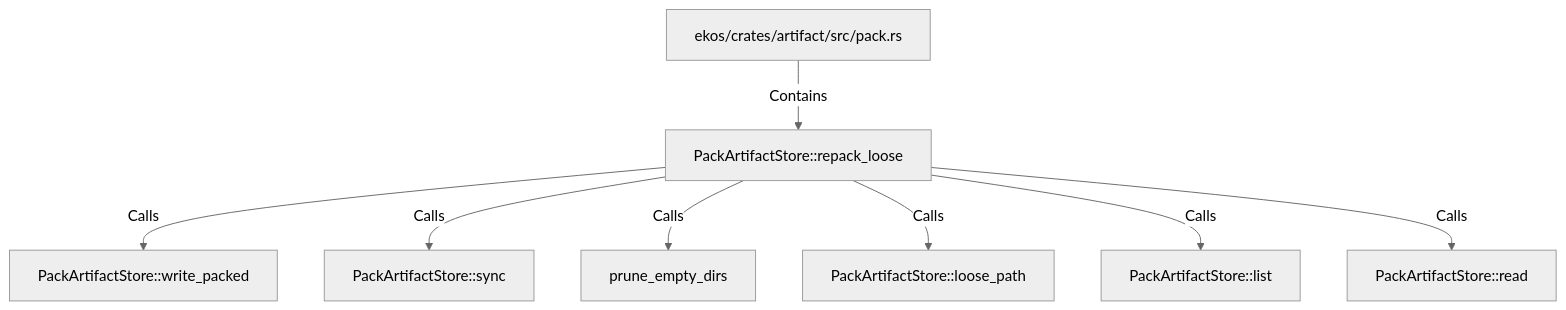
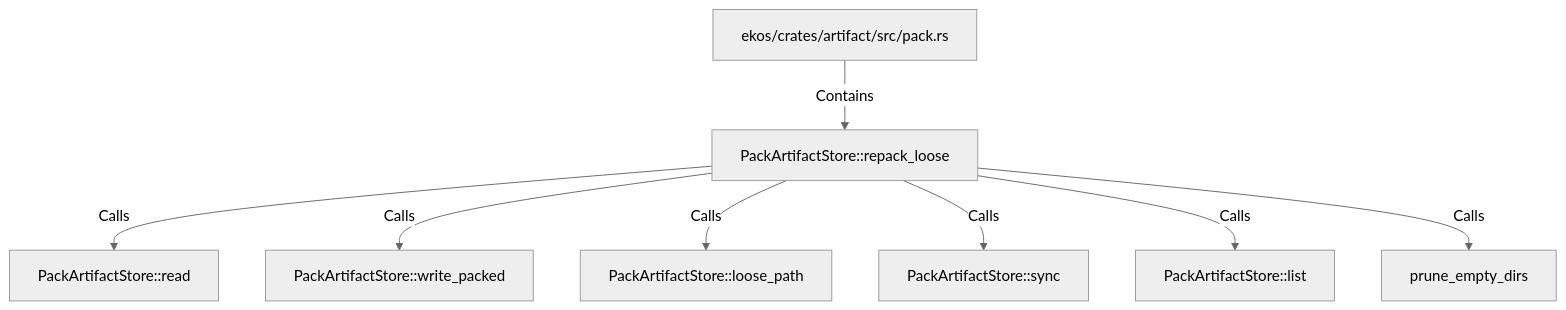
One commit to alexeyban/EKOS changed the diagram in doc/entities/rustsymbol/pa/packartifactstore-repack-loose.md. Above: the diagram before and after it, drawn with Mermaid (neutral theme). The commit also changed other lines of this file and 552 other files, not shown here.

````diff
--- a/doc/entities/rustsymbol/pa/packartifactstore-repack-loose.md
+++ b/doc/entities/rustsymbol/pa/packartifactstore-repack-loose.md
@@ -26,18 +26,18 @@
 ```mermaid
 graph TD
     na9bd0f7ac0de5f6f85046946351fd959["PackArtifactStore::repack_loose"]
     n98cd7507d9e759e3acfbc7ffb05d9f73["ekos/crates/artifact/src/pack.rs"]
     n98cd7507d9e759e3acfbc7ffb05d9f73 -->|Contains| na9bd0f7ac0de5f6f85046946351fd959
+    na5061f98e89d569ea13ccca36a9e7f0a["PackArtifactStore::read"]
+    na9bd0f7ac0de5f6f85046946351fd959 -->|Calls| na5061f98e89d569ea13ccca36a9e7f0a
     n2c2ad043598d5fcbbf2ded4347ca2ae6["PackArtifactStore::write_packed"]
     na9bd0f7ac0de5f6f85046946351fd959 -->|Calls| n2c2ad043598d5fcbbf2ded4347ca2ae6
+    na2a2fda7285e5052adf8adb45d5323ab["PackArtifactStore::loose_path"]
+    na9bd0f7ac0de5f6f85046946351fd959 -->|Calls| na2a2fda7285e5052adf8adb45d5323ab
     ndf1c1ef5b7605b80a4bd17b6354cf81b["PackArtifactStore::sync"]
     na9bd0f7ac0de5f6f85046946351fd959 -->|Calls| ndf1c1ef5b7605b80a4bd17b6354cf81b
+    nfefadbb6d1c45a6e8f6772b562790708["PackArtifactStore::list"]
+    na9bd0f7ac0de5f6f85046946351fd959 -->|Calls| nfefadbb6d1c45a6e8f6772b562790708
     n9b7c0842a19454dbba308784f41ab6f6["prune_empty_dirs"]
     na9bd0f7ac0de5f6f85046946351fd959 -->|Calls| n9b7c0842a19454dbba308784f41ab6f6
-    na2a2fda7285e5052adf8adb45d5323ab["PackArtifactStore::loose_path"]
-    na9bd0f7ac0de5f6f85046946351fd959 -->|Calls| na2a2fda7285e5052adf8adb45d5323ab
-    nfefadbb6d1c45a6e8f6772b562790708["PackArtifactStore::list"]
-    na9bd0f7ac0de5f6f85046946351fd959 -->|Calls| nfefadbb6d1c45a6e8f6772b562790708
-    na5061f98e89d569ea13ccca36a9e7f0a["PackArtifactStore::read"]
-    na9bd0f7ac0de5f6f85046946351fd959 -->|Calls| na5061f98e89d569ea13ccca36a9e7f0a
 ```
````
